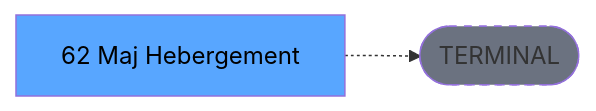
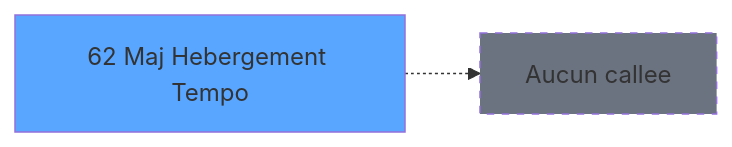
One commit to thonyAGP/magic-migration changed the third of 3 diagrams in .openspec/specs/ADH-IDE-62.md. Above: the diagram before and after it, drawn with Mermaid. The commit also changed other lines of this file and 493 other files, not shown here.

````diff
--- a/.openspec/specs/ADH-IDE-62.md
+++ b/.openspec/specs/ADH-IDE-62.md
@@ -139,8 +220,8 @@
 ```mermaid
 graph LR
-    T[62 Maj Hebergement]
-    TERM([TERMINAL])
-    T -.-> TERM
-    style TERM fill:#6b7280,stroke-dasharray: 5 5
-    style T fill:#58a6ff,color:#000
+    T62[62 Maj Hebergement Tempo]
+    style T62 fill:#58a6ff
+    NONE[Aucun callee]
+    T62 -.-> NONE
+    style NONE fill:#6b7280,stroke-dasharray: 5 5
 ```
````
